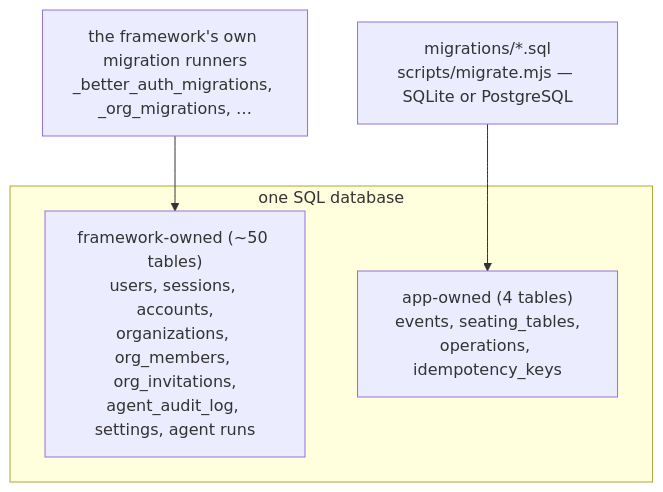
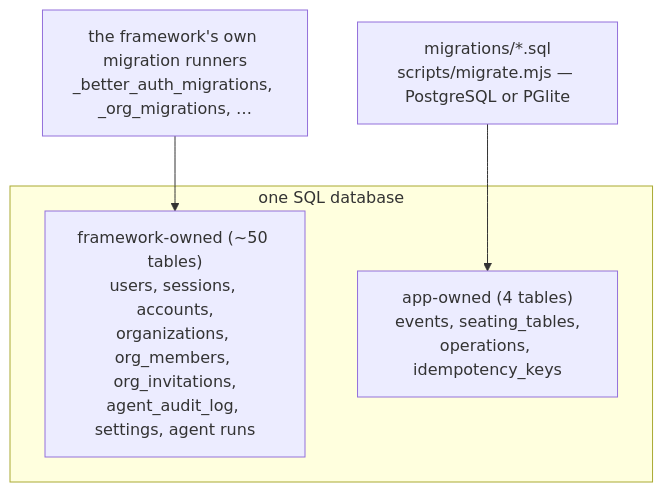
One commit to anbergem/seating-arrangement changed diagram 11 of 14 in ARCHITECTURE.md. Above: the diagram before and after it, drawn with Mermaid. The commit also changed other lines of this file and 54 other files, not shown here.

First line of the commit message:
chore(deps): agent-native 0.198.2, and PostgreSQL in every environment

````diff
--- a/ARCHITECTURE.md
+++ b/ARCHITECTURE.md
@@ -498,9 +498,9 @@
 ```mermaid
 flowchart TB
   subgraph DB["one SQL database"]
     FW["framework-owned (~50 tables)<br/>users, sessions, accounts,<br/>organizations, org_members, org_invitations,<br/>agent_audit_log, settings, agent runs"]
     APP["app-owned (4 tables)<br/>events, seating_tables,<br/>operations, idempotency_keys"]
   end
   R1["the framework's own migration runners<br/>_better_auth_migrations, _org_migrations, …"] --> FW
-  R2["migrations/*.sql<br/>scripts/migrate.mjs — SQLite or PostgreSQL"] --> APP
+  R2["migrations/*.sql<br/>scripts/migrate.mjs — PostgreSQL or PGlite"] --> APP
 ```
````
